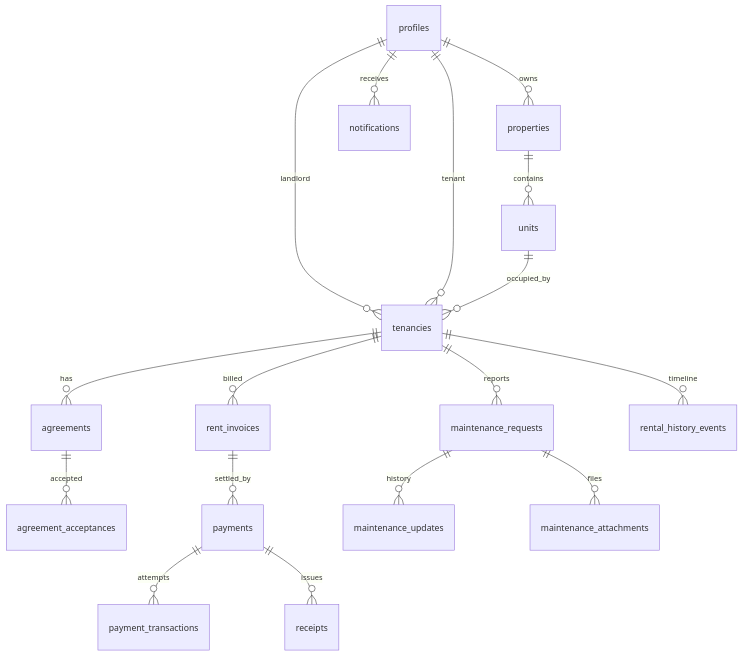
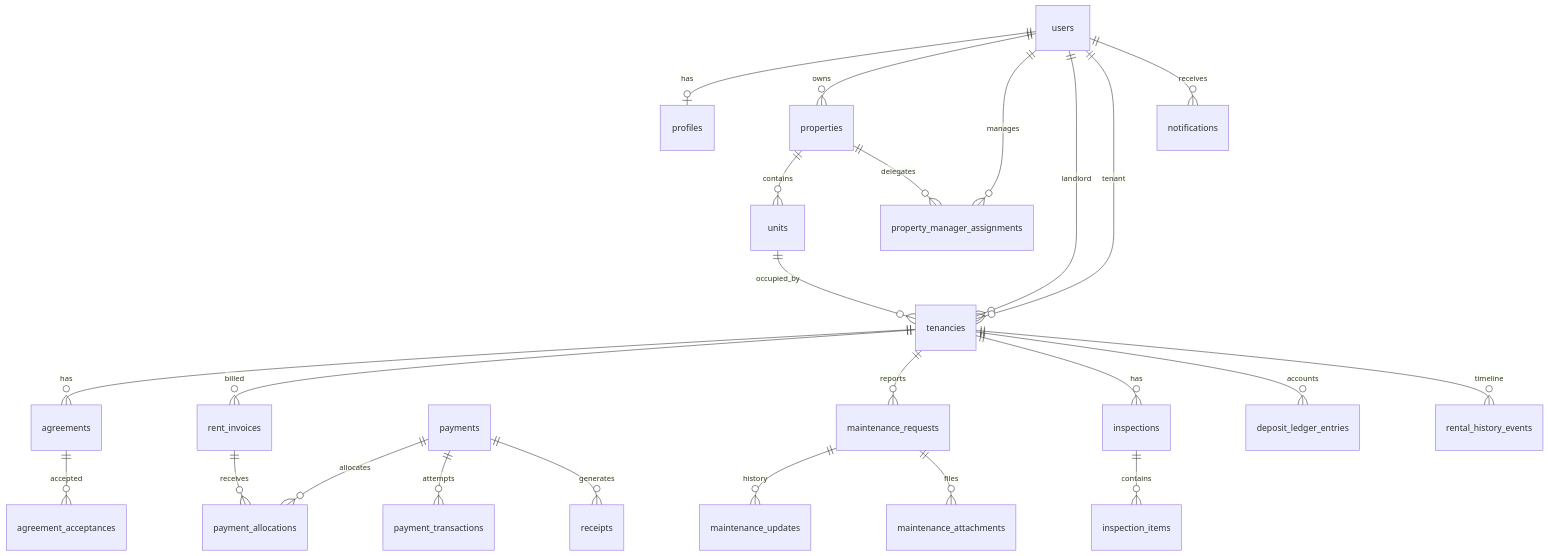
The diagram in docs/DATABASE_SCHEMA.md (PHENOMVALENCE/RentFlow), drawn with Mermaid before and after one commit. The commit also changed other lines of this file, not shown here.

Commit message:
docs: redefine schema for Laravel and MySQL

````diff
--- a/docs/DATABASE_SCHEMA.md
+++ b/docs/DATABASE_SCHEMA.md
@@ -9,19 +24,26 @@
 ```mermaid
 erDiagram
-  profiles ||--o{ properties : owns
+  users ||--o| profiles : has
+  users ||--o{ properties : owns
   properties ||--o{ units : contains
-  profiles ||--o{ tenancies : landlord
-  profiles ||--o{ tenancies : tenant
+  users ||--o{ property_manager_assignments : manages
+  properties ||--o{ property_manager_assignments : delegates
+  users ||--o{ tenancies : landlord
+  users ||--o{ tenancies : tenant
   units ||--o{ tenancies : occupied_by
   tenancies ||--o{ agreements : has
   agreements ||--o{ agreement_acceptances : accepted
   tenancies ||--o{ rent_invoices : billed
-  rent_invoices ||--o{ payments : settled_by
+  rent_invoices ||--o{ payment_allocations : receives
+  payments ||--o{ payment_allocations : allocates
   payments ||--o{ payment_transactions : attempts
-  payments ||--o{ receipts : issues
+  payments ||--o{ receipts : generates
   tenancies ||--o{ maintenance_requests : reports
   maintenance_requests ||--o{ maintenance_updates : history
   maintenance_requests ||--o{ maintenance_attachments : files
-  profiles ||--o{ notifications : receives
+  tenancies ||--o{ inspections : has
+  inspections ||--o{ inspection_items : contains
+  tenancies ||--o{ deposit_ledger_entries : accounts
+  users ||--o{ notifications : receives
   tenancies ||--o{ rental_history_events : timeline
 ```
````
